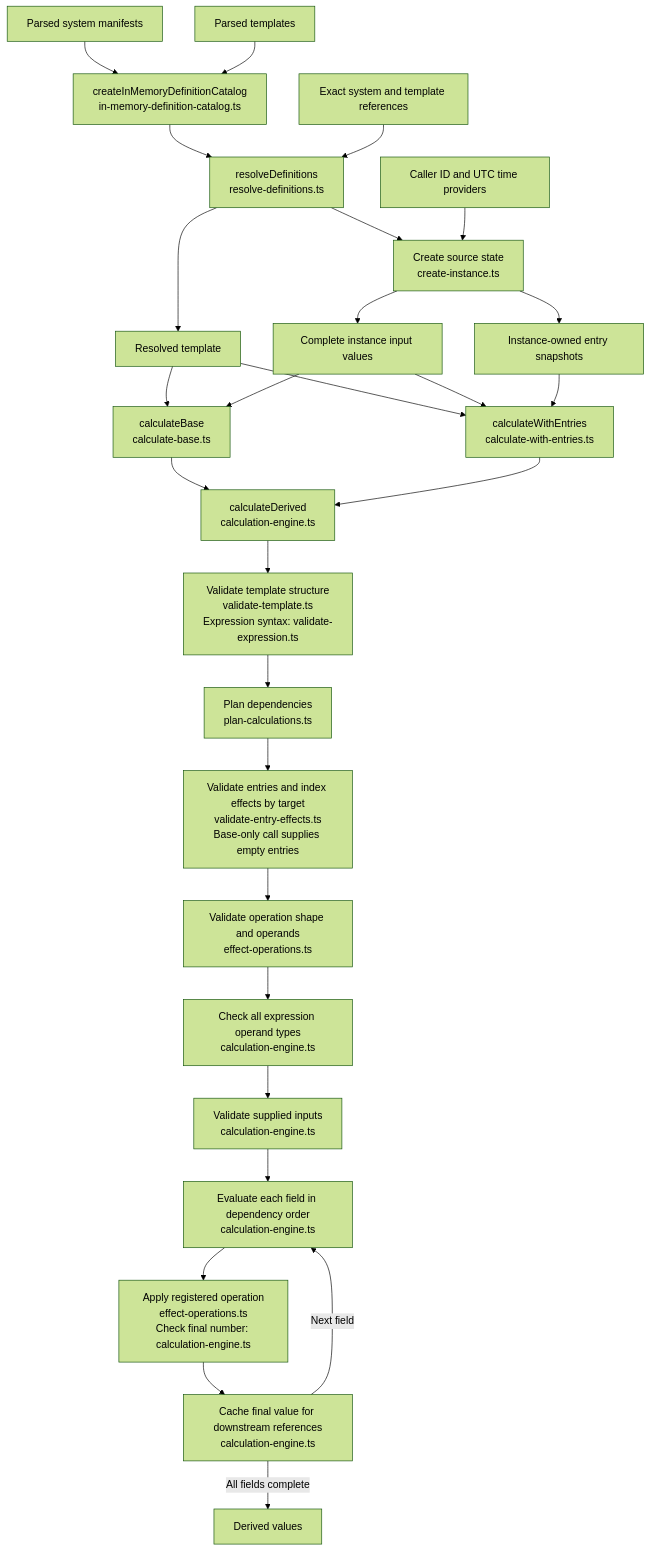
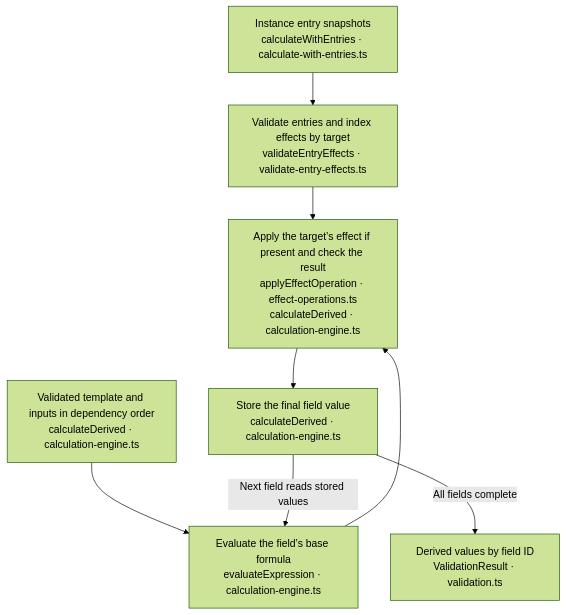
Before and after one commit to bduhbya/rpg_buddy: the fourth of 4 diagrams in src/domain/architecture.md, drawn with Mermaid (forest theme). The commit also changed other lines of this file and 38 other files, not shown here.

First line of the commit message:
Improve domain architecture and readability (#9)

````diff
--- a/src/domain/architecture.md
+++ b/src/domain/architecture.md
@@ -24,30 +102,10 @@
 ```mermaid
 flowchart TD
-    M[Parsed system manifests] --> C["createInMemoryDefinitionCatalog<br/>in-memory-definition-catalog.ts"]
-    T[Parsed templates] --> C
-    C --> R["resolveDefinitions<br/>resolve-definitions.ts"]
-    I[Exact system and template references] --> R
-    R --> RT[Resolved template]
-    R --> CI["Create source state<br/>create-instance.ts"]
-    P[Caller ID and UTC time providers] --> CI
-    CI --> V
-    CI --> N
-    RT --> B["calculateBase<br/>calculate-base.ts"]
-    RT --> W["calculateWithEntries<br/>calculate-with-entries.ts"]
-    V[Complete instance input values] --> B
-    V --> W
-    N[Instance-owned entry snapshots] --> W
-    B --> D["calculateDerived<br/>calculation-engine.ts"]
-    W --> D
-    D --> S["Validate template structure<br/>validate-template.ts<br/>Expression syntax: validate-expression.ts"]
-    S --> G["Plan dependencies<br/>plan-calculations.ts"]
-    G --> F["Validate entries and index effects by target<br/>validate-entry-effects.ts<br/>Base-only call supplies empty entries"]
-    F --> H["Validate operation shape and operands<br/>effect-operations.ts"]
-    H --> Y["Check all expression operand types<br/>calculation-engine.ts"]
-    Y --> X["Validate supplied inputs<br/>calculation-engine.ts"]
-    X --> E["Evaluate each field in dependency order<br/>calculation-engine.ts"]
-    E --> A["Apply registered operation<br/>effect-operations.ts<br/>Check final number: calculation-engine.ts"]
-    A --> K["Cache final value for downstream references<br/>calculation-engine.ts"]
-    K -->|Next field| E
-    K -->|All fields complete| O[Derived values]
+    A["Instance entry snapshots<br/>calculateWithEntries · calculate-with-entries.ts"] --> B["Validate entries and index effects by target<br/>validateEntryEffects · validate-entry-effects.ts"]
+    C["Validated template and inputs in dependency order<br/>calculateDerived · calculation-engine.ts"] --> D["Evaluate the field’s base formula<br/>evaluateExpression · calculation-engine.ts"]
+    B --> E["Apply the target’s effect if present and check the result<br/>applyEffectOperation · effect-operations.ts<br/>calculateDerived · calculation-engine.ts"]
+    D --> E
+    E --> F["Store the final field value<br/>calculateDerived · calculation-engine.ts"]
+    F -->|Next field reads stored values| D
+    F -->|All fields complete| G["Derived values by field ID<br/>ValidationResult · validation.ts"]
 ```
````
